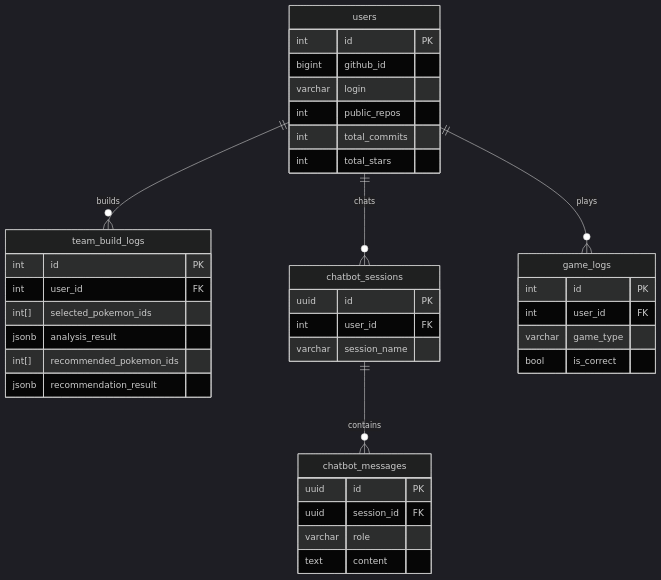
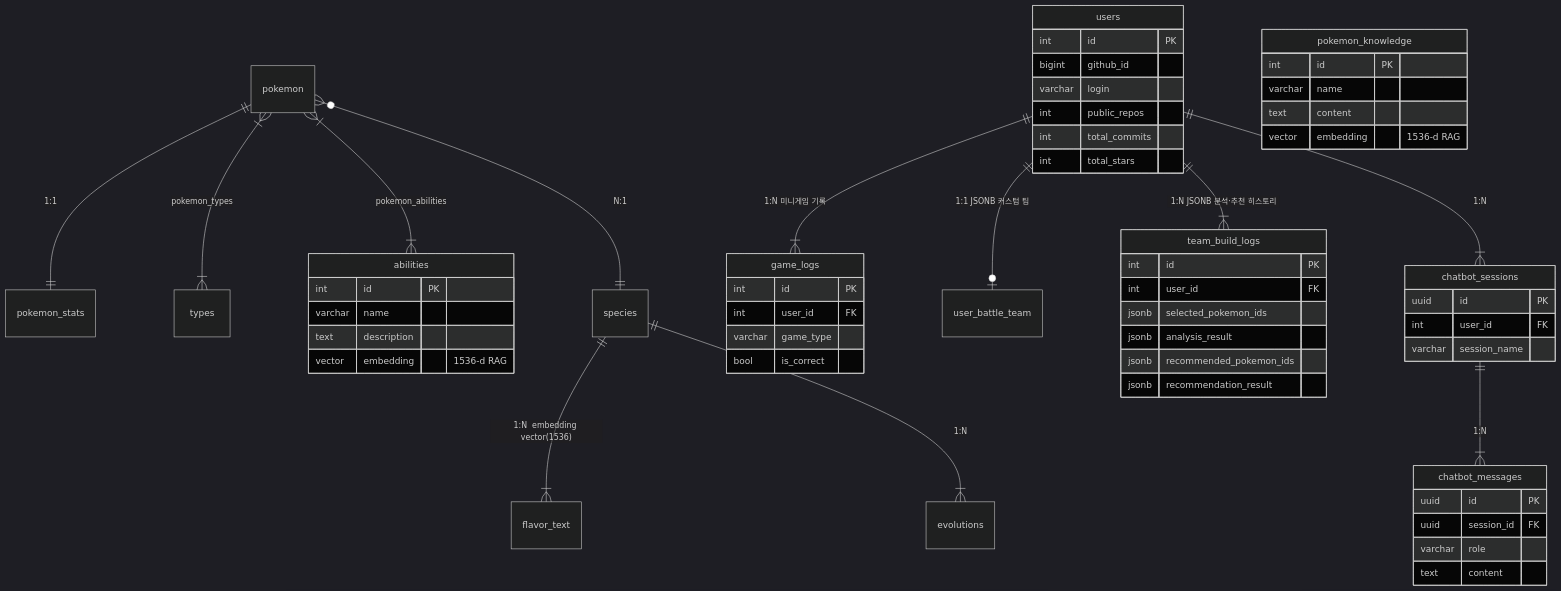
The sixth of 12 diagrams in README.md (SKNETWORKS-FAMILY-AICAMP/SKN27-3rd-3TEAM), drawn with Mermaid (dark theme) before and after one commit. The commit also changed other lines of this file, not shown here.

````diff
--- a/README.md
+++ b/README.md
@@ -126,41 +274,60 @@
 ```mermaid
 erDiagram
+    pokemon ||--|| pokemon_stats : "1:1"
+    pokemon }|--|{ types : "pokemon_types"
+    pokemon }|--|{ abilities : "pokemon_abilities"
+    pokemon }o--|| species : "N:1"
+    species ||--|{ flavor_text : "1:N  embedding vector(1536)"
+    species ||--|{ evolutions : "1:N"
+    users ||--|{ game_logs : "1:N 미니게임 기록"
+    users ||--o| user_battle_team : "1:1 JSONB 커스텀 팀"
+    users ||--|{ team_build_logs : "1:N JSONB 분석·추천 히스토리"
+    users ||--|{ chatbot_sessions : "1:N"
+    chatbot_sessions ||--|{ chatbot_messages : "1:N"
+
+    pokemon_knowledge {
+        int id PK
+        varchar name
+        text content
+        vector embedding "1536-d RAG"
+    }
+    abilities {
+        int id PK
+        varchar name
+        text description
+        vector embedding "1536-d RAG"
+    }
     users {
         int id PK
         bigint github_id
         varchar login
         int public_repos
         int total_commits
         int total_stars
     }
     team_build_logs {
         int id PK
         int user_id FK
-        int[] selected_pokemon_ids
+        jsonb selected_pokemon_ids
         jsonb analysis_result
-        int[] recommended_pokemon_ids
+        jsonb recommended_pokemon_ids
         jsonb recommendation_result
     }
     chatbot_sessions {
         uuid id PK
         int user_id FK
         varchar session_name
     }
     chatbot_messages {
         uuid id PK
         uuid session_id FK
         varchar role
         text content
     }
     game_logs {
         int id PK
         int user_id FK
         varchar game_type
         bool is_correct
     }
-
-    users ||--o{ team_build_logs : "builds"
-    users ||--o{ chatbot_sessions : "chats"
-    users ||--o{ game_logs : "plays"
-    chatbot_sessions ||--o{ chatbot_messages : "contains"
 ```
````
